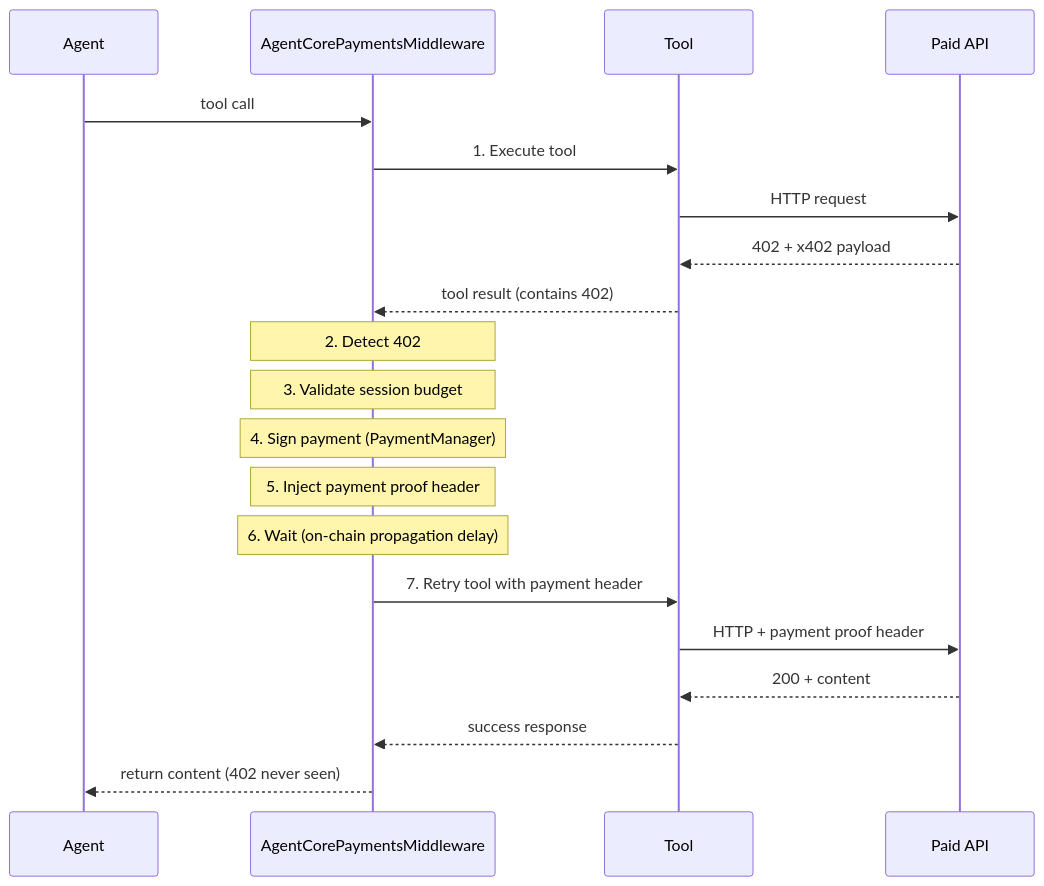
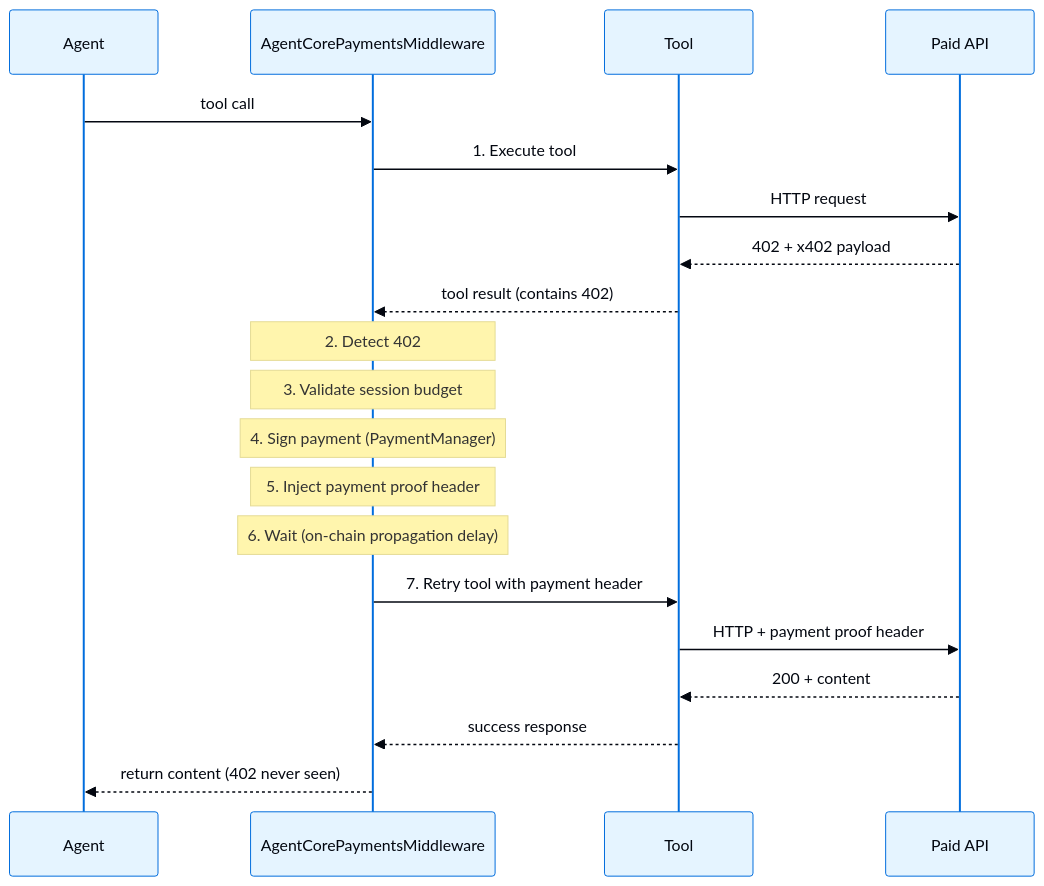
One commit to langchain-ai/docs changed the diagram in src/oss/python/integrations/middleware/aws.mdx. Above: the diagram before and after it, drawn with Mermaid. The commit also changed other lines of this file, not shown here.

````diff
--- a/src/oss/python/integrations/middleware/aws.mdx
+++ b/src/oss/python/integrations/middleware/aws.mdx
@@ -225,23 +227,24 @@
 ```mermaid
+%%{init: {"theme": "base", "themeVariables": {"lineColor": "#40668D", "primaryColor": "#E5F4FF", "primaryTextColor": "#030710", "primaryBorderColor": "#006DDD"}}}%%
 sequenceDiagram
     participant Agent
     participant Middleware as AgentCorePaymentsMiddleware
     participant Tool
     participant API as Paid API
 
     Agent->>Middleware: tool call
     Middleware->>Tool: 1. Execute tool
     Tool->>API: HTTP request
     API-->>Tool: 402 + x402 payload
     Tool-->>Middleware: tool result (contains 402)
     Note over Middleware: 2. Detect 402
     Note over Middleware: 3. Validate session budget
     Note over Middleware: 4. Sign payment (PaymentManager)
     Note over Middleware: 5. Inject payment proof header
     Note over Middleware: 6. Wait (on-chain propagation delay)
     Middleware->>Tool: 7. Retry tool with payment header
     Tool->>API: HTTP + payment proof header
     API-->>Tool: 200 + content
     Tool-->>Middleware: success response
     Middleware-->>Agent: return content (402 never seen)
 ```
````
